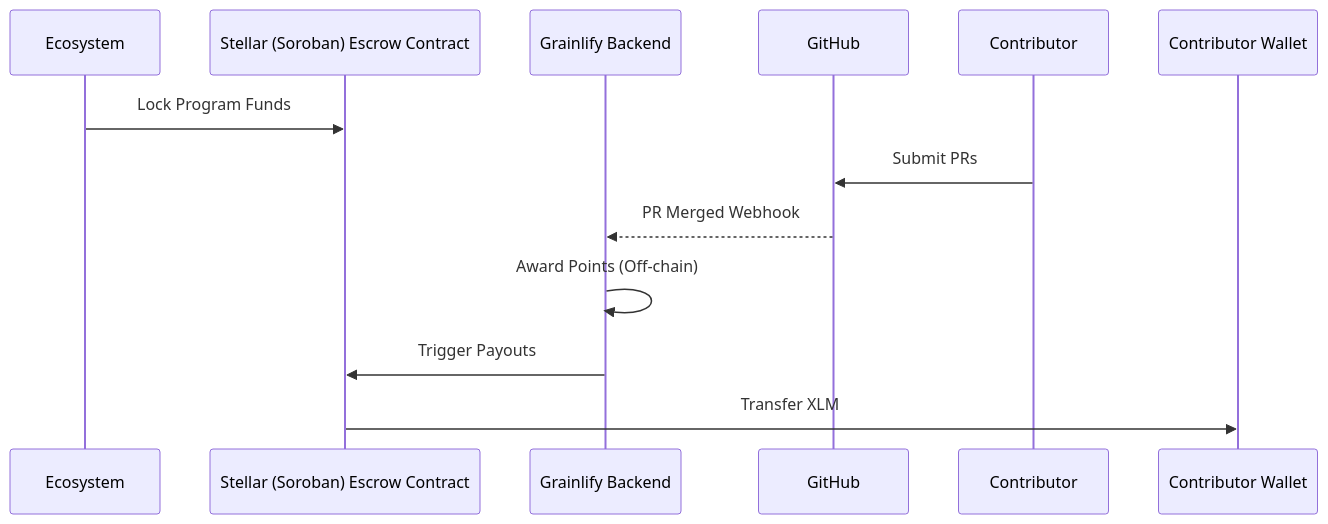
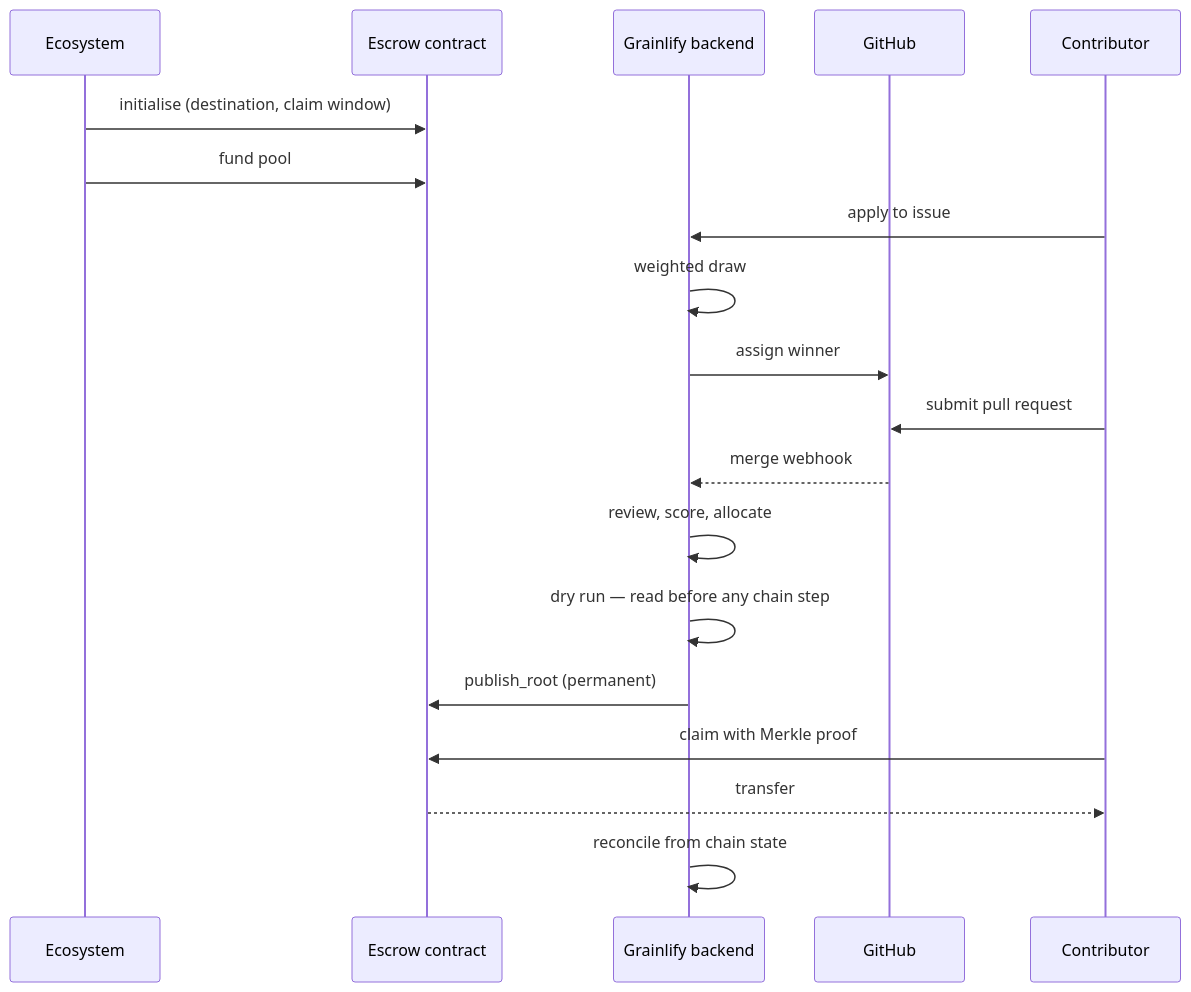
Before and after one commit to Grainlify/.github: the second of 3 diagrams in profile/README.md, drawn with Mermaid. The commit also changed other lines of this file, not shown here.

````diff
--- a/profile/README.md
+++ b/profile/README.md
@@ -158,16 +117,22 @@
 ```mermaid
 sequenceDiagram
-    participant E as Ecosystem
-    participant S as Stellar (Soroban) Escrow Contract
-    participant B as Grainlify Backend
+    participant F as Ecosystem
+    participant E as Escrow contract
+    participant B as Grainlify backend
     participant G as GitHub
     participant C as Contributor
-    participant W as Contributor Wallet
 
-    E->>S: Lock Program Funds
-    C->>G: Submit PRs
-    G-->>B: PR Merged Webhook
-    B->>B: Award Points (Off-chain)
-    B->>S: Trigger Payouts
-    S->>W: Transfer XLM
+    F->>E: initialise (destination, claim window)
+    F->>E: fund pool
+    C->>B: apply to issue
+    B->>B: weighted draw
+    B->>G: assign winner
+    C->>G: submit pull request
+    G-->>B: merge webhook
+    B->>B: review, score, allocate
+    B->>B: dry run — read before any chain step
+    B->>E: publish_root (permanent)
+    C->>E: claim with Merkle proof
+    E-->>C: transfer
+    B->>B: reconcile from chain state
 ```
````
